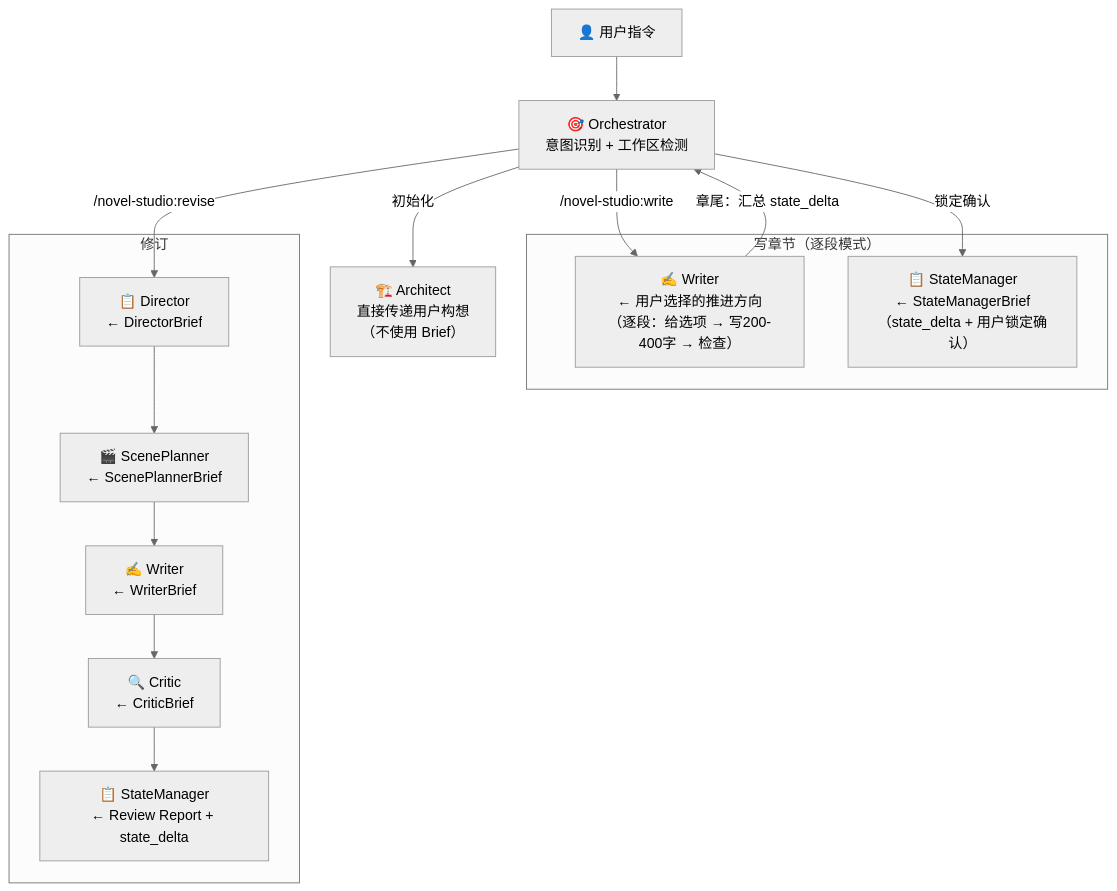
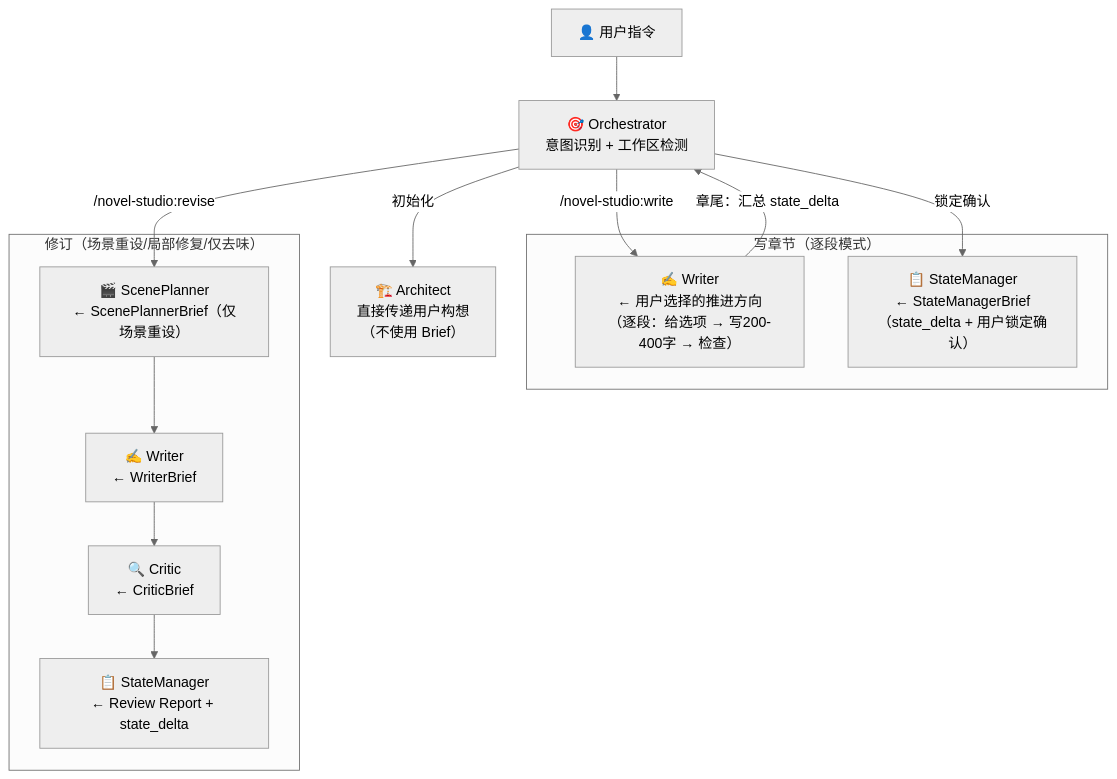
One commit to deathwhispers/novel-studio changed the diagram in runtime/handoff-schema.md. Above: the diagram before and after it, drawn with Mermaid (neutral theme). The commit also changed other lines of this file and 49 other files, not shown here.

````diff
--- a/runtime/handoff-schema.md
+++ b/runtime/handoff-schema.md
@@ -372,32 +289,30 @@
 ```mermaid
 flowchart TD
     User["👤 用户指令"]
     Orchestrator["🎯 Orchestrator<br/>意图识别 + 工作区检测"]
 
     User --> Orchestrator
 
     Orchestrator -->|"初始化"| Architect["🏗️ Architect<br/>直接传递用户构想<br/>（不使用 Brief）"]
 
     subgraph WriteFlow["写章节（逐段模式）"]
         Writer["✍️ Writer<br/>← 用户选择的推进方向<br/>（逐段：给选项 → 写200-400字 → 检查）"]
         StateManager["📋 StateManager<br/>← StateManagerBrief<br/>（state_delta + 用户锁定确认）"]
     end
 
     Orchestrator -->|"/novel-studio:write"| Writer
     Writer -->|"章尾：汇总 state_delta"| Orchestrator
     Orchestrator -->|"锁定确认"| StateManager
 
-    subgraph ReviseFlow["修订"]
-        DirectorR["📋 Director<br/>← DirectorBrief"]
-        ScenePlannerR["🎬 ScenePlanner<br/>← ScenePlannerBrief"]
+    subgraph ReviseFlow["修订（场景重设/局部修复/仅去味）"]
+        ScenePlannerR["🎬 ScenePlanner<br/>← ScenePlannerBrief（仅场景重设）"]
         WriterR["✍️ Writer<br/>← WriterBrief"]
         CriticR["🔍 Critic<br/>← CriticBrief"]
         StateManagerR["📋 StateManager<br/>← Review Report + state_delta"]
     end
 
-    Orchestrator -->|"/novel-studio:revise"| DirectorR
-    DirectorR --> ScenePlannerR
+    Orchestrator -->|"/novel-studio:revise"| ScenePlannerR
     ScenePlannerR --> WriterR
     WriterR --> CriticR
     CriticR --> StateManagerR
 ```
````
